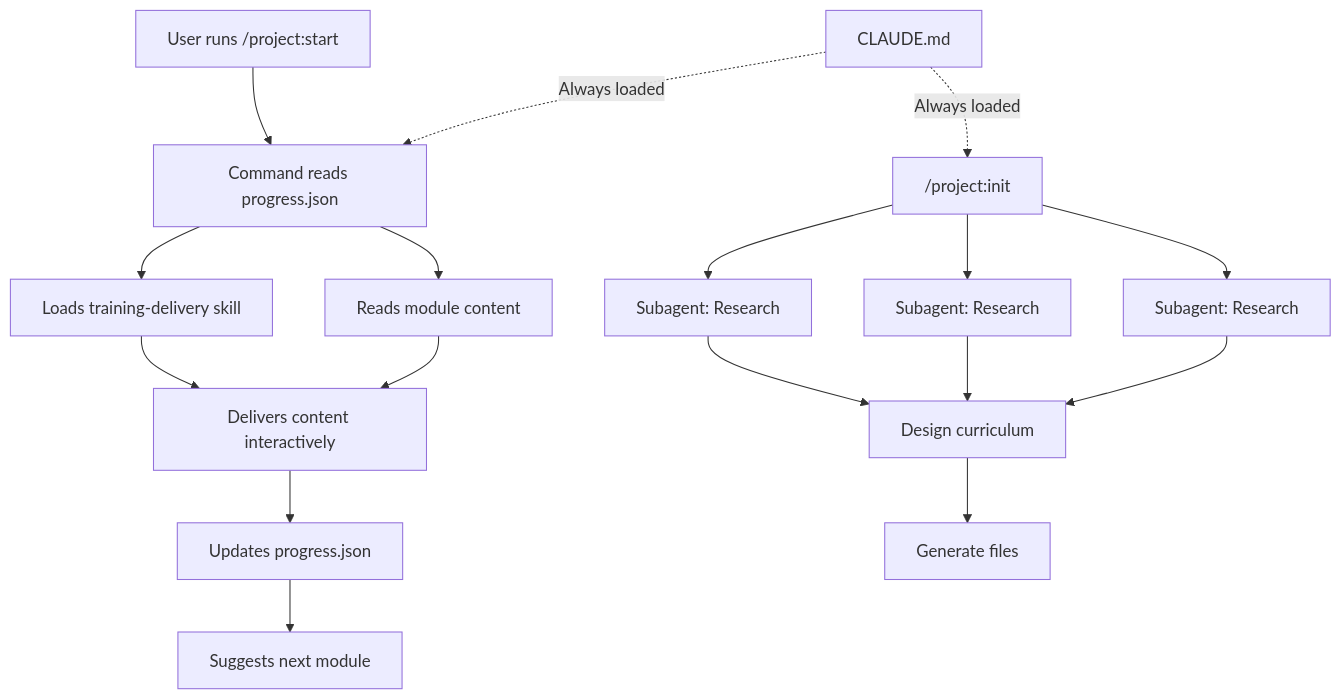
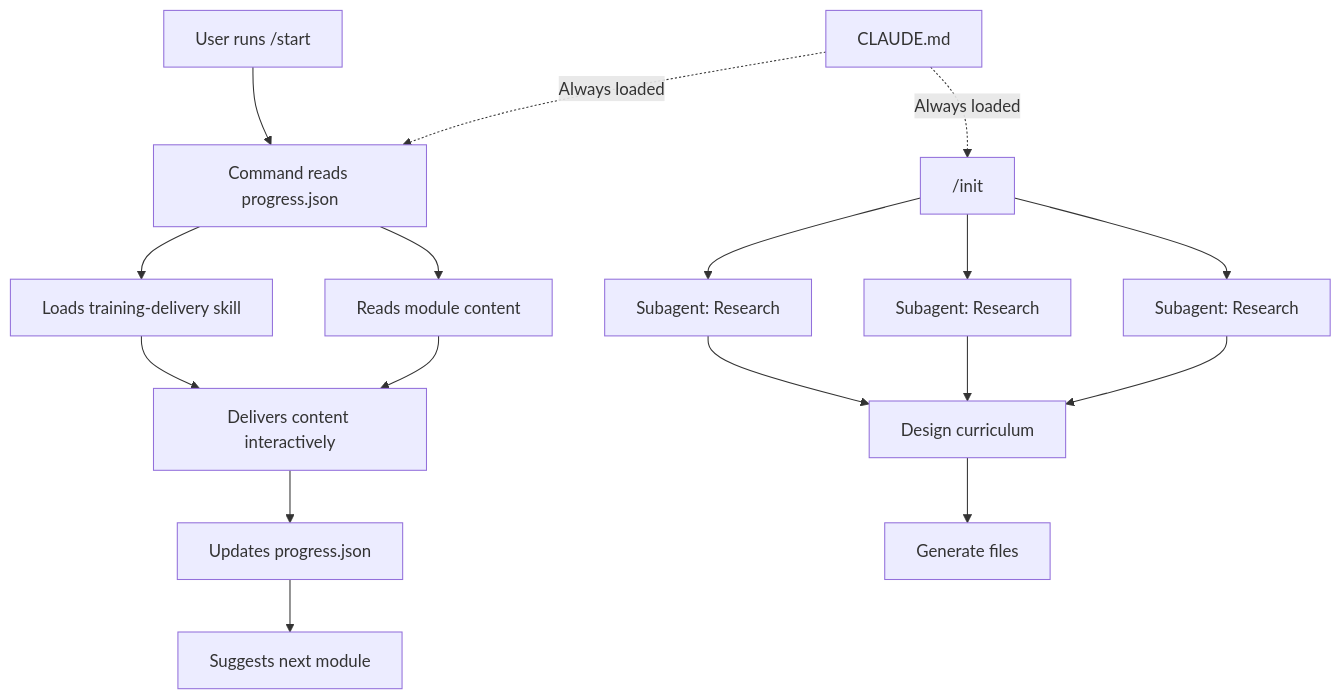
One commit to doyeongk/Learn-Agentic-Engineering-In-Claude changed the second of 2 diagrams in docs-site/docs/04-skills-and-subagents/4.5-pull-back-the-curtain.md. Above: the diagram before and after it, drawn with Mermaid. The commit also changed other lines of this file and 39 other files, not shown here.

````diff
--- a/docs-site/docs/04-skills-and-subagents/4.5-pull-back-the-curtain.md
+++ b/docs-site/docs/04-skills-and-subagents/4.5-pull-back-the-curtain.md
@@ -113,21 +113,21 @@
 ```mermaid
 graph TD
-    U["User runs /project:start"] --> CMD["Command reads progress.json"]
+    U["User runs /start"] --> CMD["Command reads progress.json"]
     CMD --> SKILL["Loads training-delivery skill"]
     CMD --> MOD["Reads module content"]
     SKILL --> DELIVER["Delivers content interactively"]
     MOD --> DELIVER
     DELIVER --> UPDATE["Updates progress.json"]
     UPDATE --> NEXT["Suggests next module"]
 
-    INIT["/project:init"] --> R1["Subagent: Research"]
+    INIT["/init"] --> R1["Subagent: Research"]
     INIT --> R2["Subagent: Research"]
     INIT --> R3["Subagent: Research"]
     R1 --> DESIGN["Design curriculum"]
     R2 --> DESIGN
     R3 --> DESIGN
     DESIGN --> GEN["Generate files"]
 
     CLAUDE["CLAUDE.md"] -.->|"Always loaded"| CMD
     CLAUDE -.->|"Always loaded"| INIT
 ```
````
